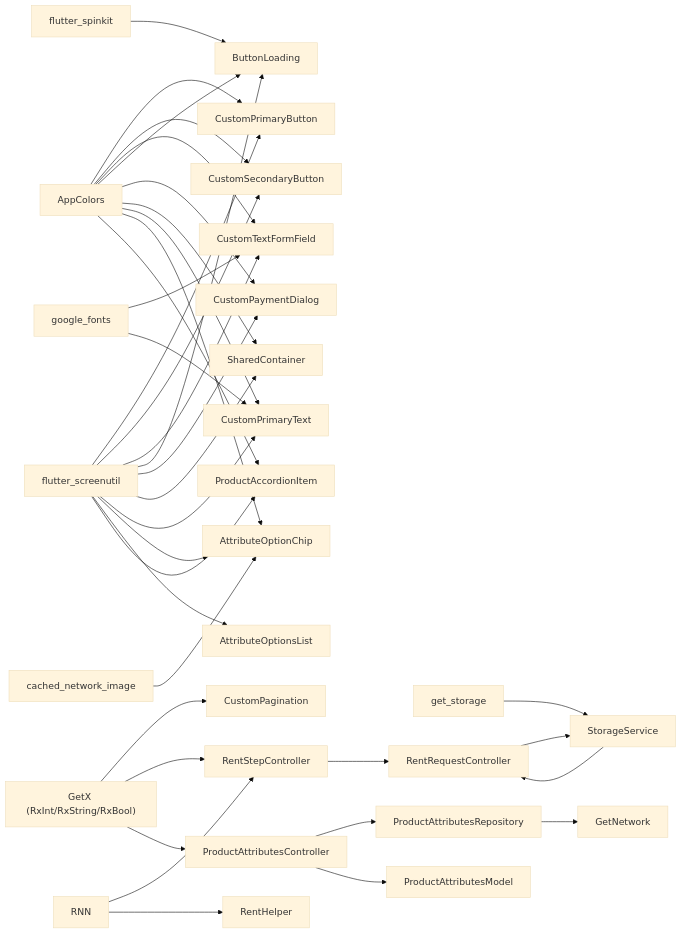
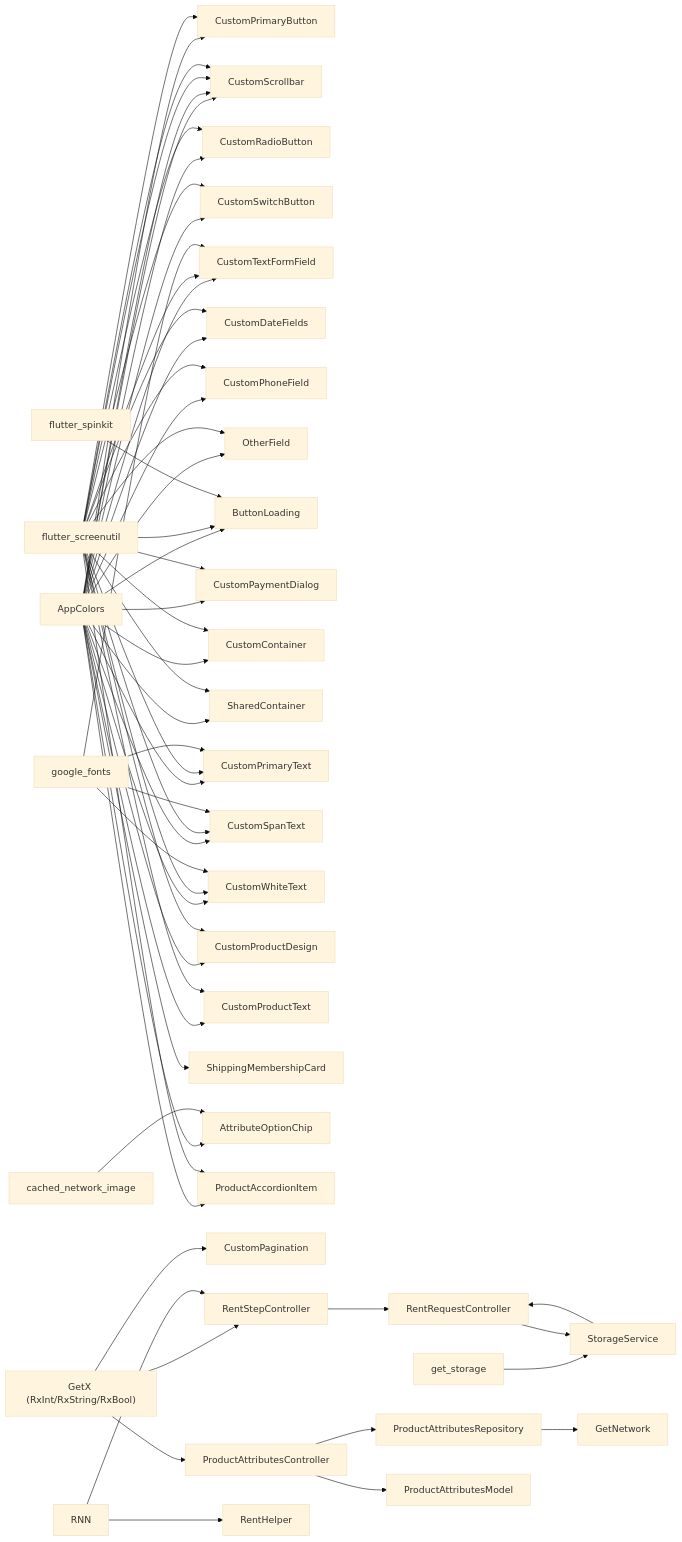
Before and after one commit to Ariful3111/FurniGo: the fifth of 5 diagrams in .qoder/repowiki/en/content/Shared Components and Utilities.md, drawn with Mermaid (base theme). The commit also changed other lines of this file and 15 other files, not shown here.

````diff
--- a/.qoder/repowiki/en/content/Shared Components and Utilities.md
+++ b/.qoder/repowiki/en/content/Shared Components and Utilities.md
@@ -798,38 +1394,61 @@
 ```mermaid
 graph LR
 AC["AppColors"] --> CPB["CustomPrimaryButton"]
 AC --> CSB["CustomSecondaryButton"]
+AC --> CRB["CustomRadioButton"]
+AC --> CSW["CustomSwitchButton"]
 AC --> CTFF["CustomTextFormField"]
+AC --> CDF["CustomDateFields"]
+AC --> CPF["CustomPhoneField"]
+AC --> OF["OtherField"]
 AC --> BL["ButtonLoading"]
 AC --> CPD["CustomPaymentDialog"]
+AC --> CC["CustomContainer"]
 AC --> SC["SharedContainer"]
 AC --> CPT["CustomPrimaryText"]
+AC --> CST["CustomSpanText"]
+AC --> CWT["CustomWhiteText"]
+AC --> CPD2["CustomProductDesign"]
+AC --> CPT2["CustomProductText"]
+AC --> CSB["CustomScrollbar"]
+AC --> SMC["ShippingMembershipCard"]
 AC --> AOC["AttributeOptionChip"]
 AC --> PAI["ProductAccordionItem"]
 G["GetX (RxInt/RxString/RxBool)"] --> CP["CustomPagination"]
 G --> RSC["RentStepController"]
 G --> PAC["ProductAttributesController"]
 SU["flutter_screenutil"] --> CPB
 SU --> CSB
+SU --> CRB
+SU --> CSW
 SU --> CTFF
+SU --> CDF
+SU --> CPF
+SU --> OF
 SU --> BL
 SU --> CPD
+SU --> CC
 SU --> SC
 SU --> CPT
-SU --> AOC
-SU --> AOL["AttributeOptionsList"]
+SU --> CST
+SU --> CWT
+SU --> CPD2
+SU --> CPT2
+SU --> CSB
 SU --> PAI
 SP["flutter_spinkit"] --> BL
 GF["google_fonts"] --> CTFF
 GF --> CPT
+GF --> CST
+GF --> CWT
 CNI["cached_network_image"] --> AOC
 GS["get_storage"] --> SS["StorageService"]
 SS --> RC["RentRequestController"]
 RNN --> RSC
 RNN --> RH["RentHelper"]
 RSC --> RC
 RC --> SS
 PAC --> PAR["ProductAttributesRepository"]
 PAC --> PAM["ProductAttributesModel"]
 PAR --> GN["GetNetwork"]
 ```
````
